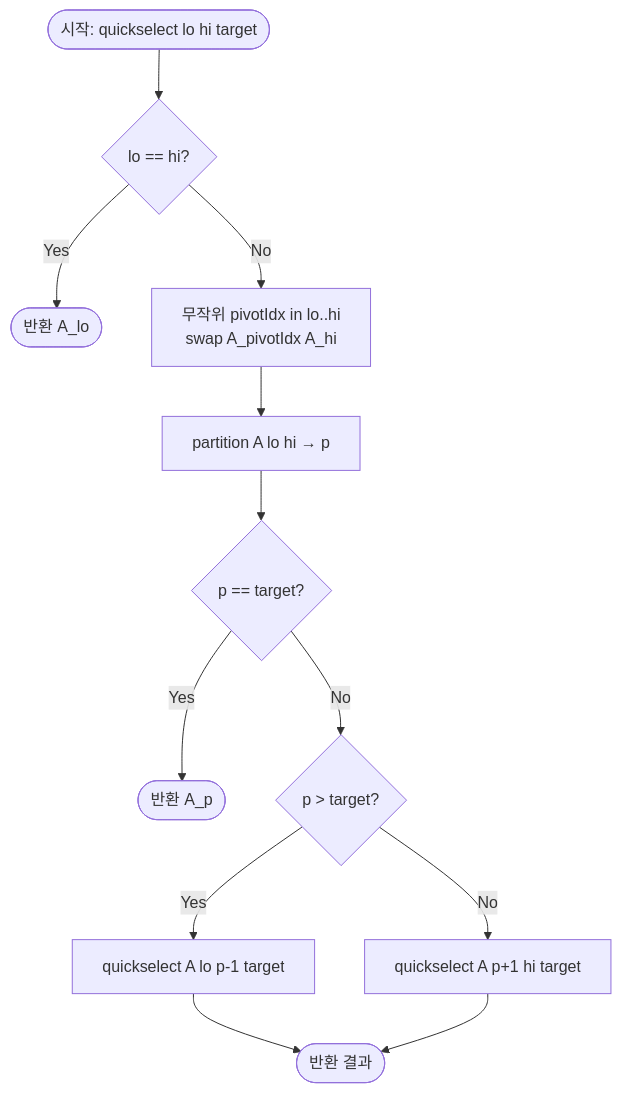
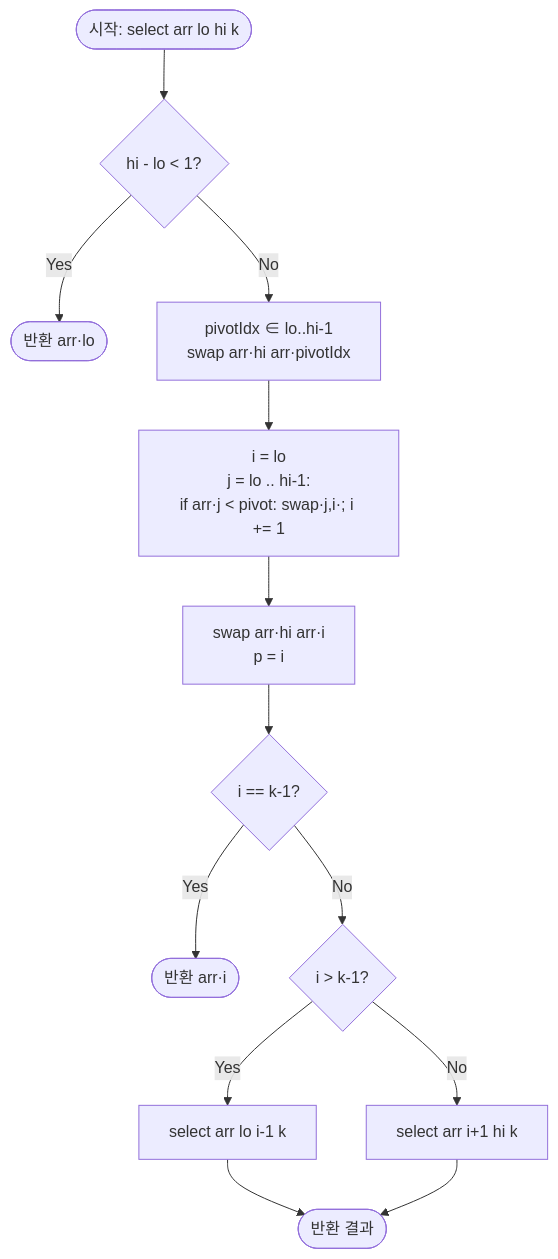
One commit to centurio1987/grow-up-programming changed the diagram in src/sorting/kthSmallest/kthSmallest-guide.mdx. Above: the diagram before and after it, drawn with Mermaid. The commit also changed other lines of this file and 140 other files, not shown here.

````diff
--- a/src/sorting/kthSmallest/kthSmallest-guide.mdx
+++ b/src/sorting/kthSmallest/kthSmallest-guide.mdx
@@ -278,14 +294,15 @@
 ```mermaid
 flowchart TD
-    A([시작: quickselect lo hi target]) --> B{lo == hi?}
-    B -- Yes --> Z([반환 A_lo])
-    B -- No --> C[무작위 pivotIdx in lo..hi\nswap A_pivotIdx A_hi]
-    C --> D[partition A lo hi → p]
-    D --> E{p == target?}
-    E -- Yes --> Z2([반환 A_p])
-    E -- No --> F{p > target?}
-    F -- Yes --> G[quickselect A lo p-1 target]
-    F -- No --> H[quickselect A p+1 hi target]
-    G --> Z3([반환 결과])
-    H --> Z3
+    A([시작: select arr lo hi k]) --> B{hi - lo < 1?}
+    B -- Yes --> Z([반환 arr·lo])
+    B -- No --> C[pivotIdx ∈ lo..hi-1<br/>swap arr·hi arr·pivotIdx]
+    C --> D[i = lo<br/>j = lo .. hi-1:<br/>if arr·j &lt; pivot: swap·j,i·; i += 1]
+    D --> E[swap arr·hi arr·i<br/>p = i]
+    E --> F{i == k-1?}
+    F -- Yes --> Z2([반환 arr·i])
+    F -- No --> G{i &gt; k-1?}
+    G -- Yes --> H[select arr lo i-1 k]
+    G -- No --> I[select arr i+1 hi k]
+    H --> Z3([반환 결과])
+    I --> Z3
 ```
````
